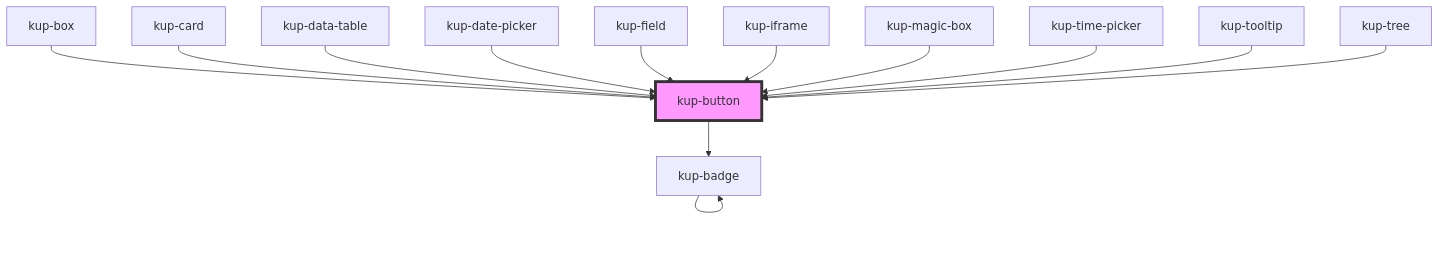
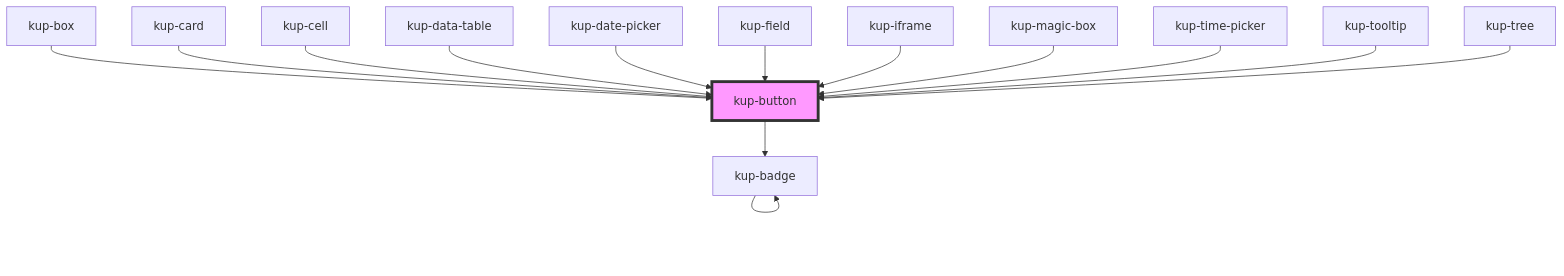
One commit to smeup/ketchup changed the diagram in packages/ketchup/src/components/kup-button/readme.md. Above: the diagram before and after it, drawn with Mermaid. The commit also changed other lines of this file and 12 other files, not shown here.

````diff
--- a/packages/ketchup/src/components/kup-button/readme.md
+++ b/packages/ketchup/src/components/kup-button/readme.md
@@ -103,16 +104,17 @@
 ```mermaid
 graph TD;
   kup-button --> kup-badge
   kup-badge --> kup-badge
   kup-box --> kup-button
   kup-card --> kup-button
+  kup-cell --> kup-button
   kup-data-table --> kup-button
   kup-date-picker --> kup-button
   kup-field --> kup-button
   kup-iframe --> kup-button
   kup-magic-box --> kup-button
   kup-time-picker --> kup-button
   kup-tooltip --> kup-button
   kup-tree --> kup-button
   style kup-button fill:#f9f,stroke:#333,stroke-width:4px
 ```
````
